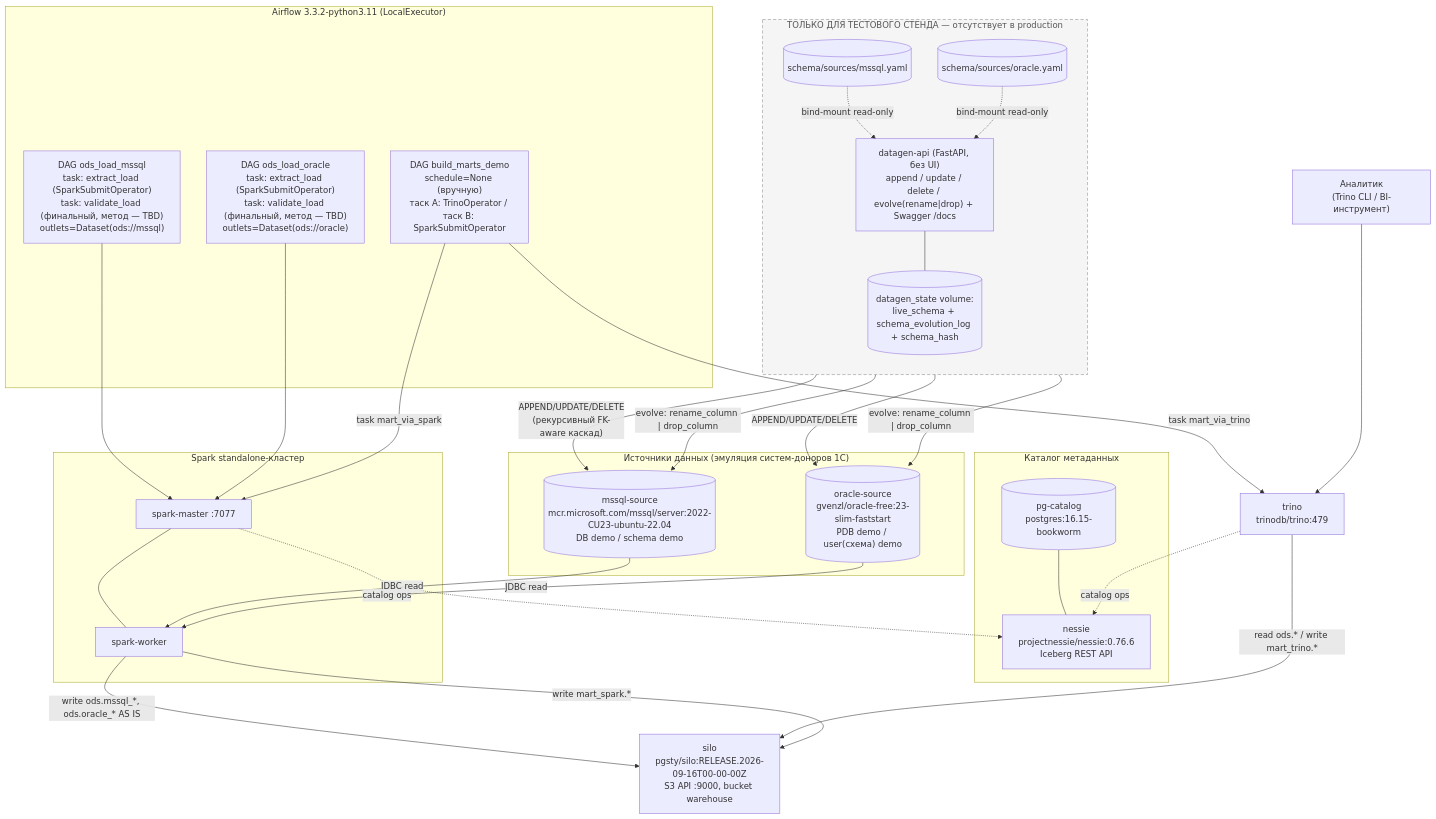
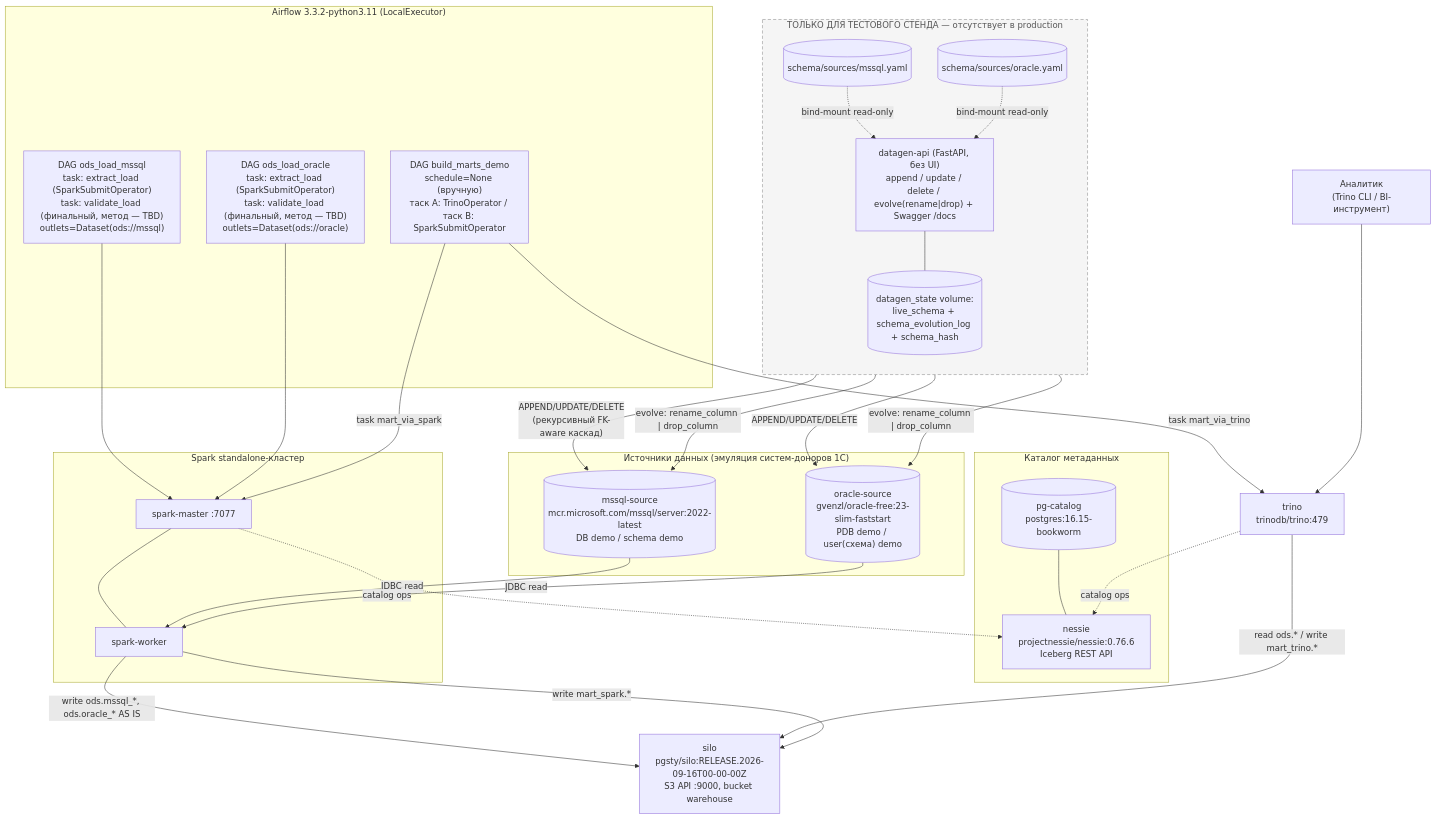
The diagram in docs/README.md (georgekochergin/datalake_stand), drawn with Mermaid before and after one commit. The commit also changed other lines of this file and 1 other file, not shown here.

Commit message:
fix: заменить несуществующий тег mssql/server 2022-CU23-ubuntu-22.04 на рабочий 2022-latest

````diff
--- a/docs/README.md
+++ b/docs/README.md
@@ -9,64 +9,64 @@
 ```mermaid
 flowchart TB
     ANALYST["Аналитик\n(Trino CLI / BI-инструмент)"]
 
     subgraph Sources["Источники данных (эмуляция систем-доноров 1С)"]
-        MSSQL[("mssql-source\nmcr.microsoft.com/mssql/server:2022-CU23-ubuntu-22.04\nDB demo / schema demo")]
+        MSSQL[("mssql-source\nmcr.microsoft.com/mssql/server:2022-latest\nDB demo / schema demo")]
         ORA[("oracle-source\ngvenzl/oracle-free:23-slim-faststart\nPDB demo / user(схема) demo")]
     end
 
     subgraph DataGen["ТОЛЬКО ДЛЯ ТЕСТОВОГО СТЕНДА — отсутствует в production"]
         direction TB
         Y1[("schema/sources/mssql.yaml")]
         Y2[("schema/sources/oracle.yaml")]
         API["datagen-api (FastAPI, без UI)\nappend / update / delete / evolve(rename|drop) + Swagger /docs"]
         STATE[("datagen_state volume:\nlive_schema + schema_evolution_log + schema_hash")]
         Y1 -. "bind-mount read-only" .-> API
         Y2 -. "bind-mount read-only" .-> API
         API --- STATE
     end
 
     subgraph Catalog["Каталог метаданных"]
         PGC[("pg-catalog\npostgres:16.15-bookworm")]
         NESSIE["nessie\nprojectnessie/nessie:0.76.6\nIceberg REST API"]
         PGC --- NESSIE
     end
 
     SILO["silo\npgsty/silo:RELEASE.2026-09-16T00-00-00Z\nS3 API :9000, bucket warehouse"]
 
     subgraph SparkCluster["Spark standalone-кластер"]
         SM["spark-master :7077"]
         SW["spark-worker"]
         SM --- SW
     end
 
     TRINO["trino\ntrinodb/trino:479"]
 
     subgraph Orchestration["Airflow 3.3.2-python3.11 (LocalExecutor)"]
         D1["DAG ods_load_mssql\ntask: extract_load (SparkSubmitOperator)\ntask: validate_load (финальный, метод — TBD)\noutlets=Dataset(ods://mssql)"]
         D2["DAG ods_load_oracle\ntask: extract_load (SparkSubmitOperator)\ntask: validate_load (финальный, метод — TBD)\noutlets=Dataset(ods://oracle)"]
         D3["DAG build_marts_demo\nschedule=None (вручную)\nтаск A: TrinoOperator / таск B: SparkSubmitOperator"]
     end
 
     API -- "APPEND/UPDATE/DELETE\n(рекурсивный FK-aware каскад)" --> MSSQL
     API -- "evolve: rename_column | drop_column" --> MSSQL
     API -- "APPEND/UPDATE/DELETE" --> ORA
     API -- "evolve: rename_column | drop_column" --> ORA
 
     D1 --> SM
     D2 --> SM
     MSSQL -- "JDBC read" --> SW
     ORA -- "JDBC read" --> SW
     SW -- "write ods.mssql_*, ods.oracle_* AS IS" --> SILO
     SM -. "catalog ops" .-> NESSIE
 
     D3 -- "task mart_via_trino" --> TRINO
     D3 -- "task mart_via_spark" --> SM
     TRINO -. "catalog ops" .-> NESSIE
     TRINO -- "read ods.* / write mart_trino.*" --> SILO
     SW -- "write mart_spark.*" --> SILO
 
     ANALYST --> TRINO
 
     style DataGen stroke-dasharray: 6 4,stroke:#888,fill:#f5f5f5,color:#555
 ```
````
